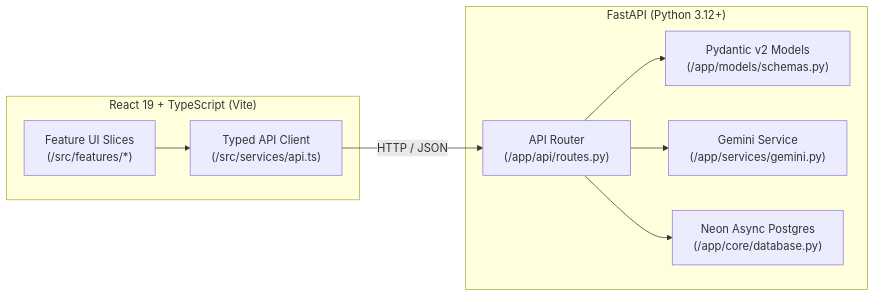
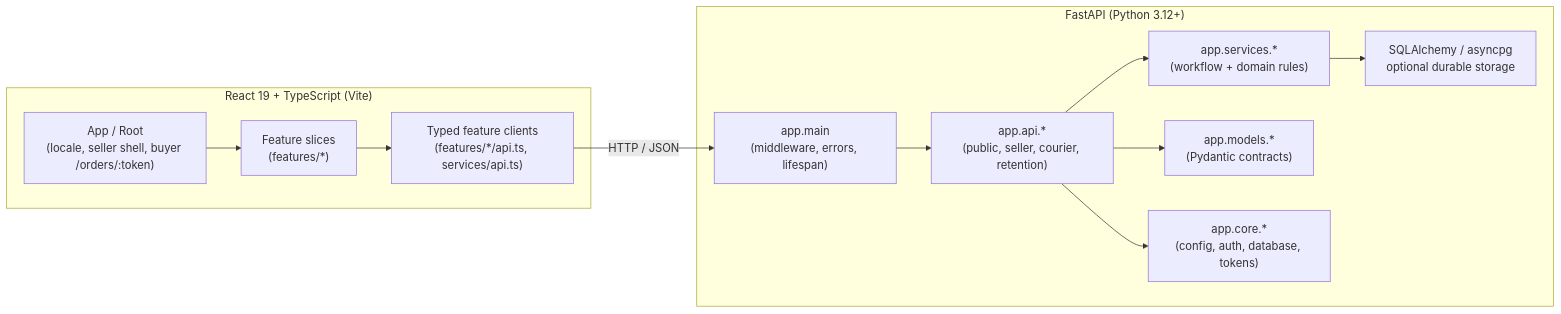
One commit to PanthaProtick/middle_man changed the diagram in docs/ARCHITECTURE.md. Above: the diagram before and after it, drawn with Mermaid. The commit also changed other lines of this file and 25 other files, not shown here.

````diff
--- a/docs/ARCHITECTURE.md
+++ b/docs/ARCHITECTURE.md
@@ -12,21 +13,26 @@
 ```mermaid
 flowchart LR
     subgraph Frontend ["React 19 + TypeScript (Vite)"]
-        UI["Feature UI Slices\n(/src/features/*)"]
-        API_CLIENT["Typed API Client\n(/src/services/api.ts)"]
-        UI --> API_CLIENT
+        SHELL["App / Root\n(locale, seller shell, buyer /orders/:token)"]
+        FEATURES["Feature slices\n(features/*)"]
+        CLIENT["Typed feature clients\n(features/*/api.ts, services/api.ts)"]
+        SHELL --> FEATURES
+        FEATURES --> CLIENT
     end
 
     subgraph Backend ["FastAPI (Python 3.12+)"]
-        ROUTES["API Router\n(/app/api/routes.py)"]
-        SCHEMAS["Pydantic v2 Models\n(/app/models/schemas.py)"]
-        GEMINI["Gemini Service\n(/app/services/gemini.py)"]
-        DB["Neon Async Postgres\n(/app/core/database.py)"]
-
-        ROUTES --> SCHEMAS
-        ROUTES --> GEMINI
-        ROUTES --> DB
+        MAIN["app.main\n(middleware, errors, lifespan)"]
+        ROUTERS["app.api.*\n(public, seller, courier, retention)"]
+        SERVICES["app.services.*\n(workflow + domain rules)"]
+        MODELS["app.models.*\n(Pydantic contracts)"]
+        CORE["app.core.*\n(config, auth, database, tokens)"]
+        DB["SQLAlchemy / asyncpg\noptional durable storage"]
+        MAIN --> ROUTERS
+        ROUTERS --> MODELS
+        ROUTERS --> SERVICES
+        ROUTERS --> CORE
+        SERVICES --> DB
     end
 
-    API_CLIENT -- "HTTP / JSON" --> ROUTES
+    CLIENT -- "HTTP / JSON" --> MAIN
 ```
````
